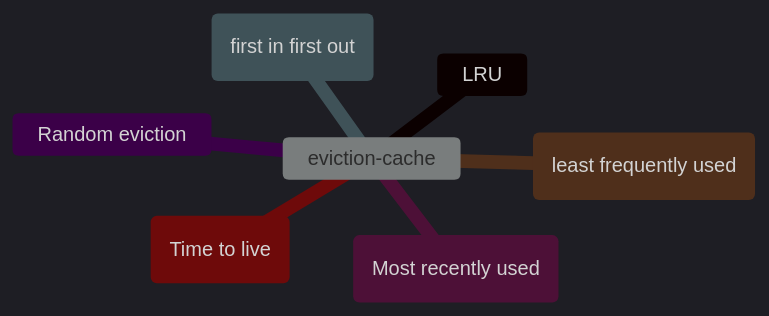
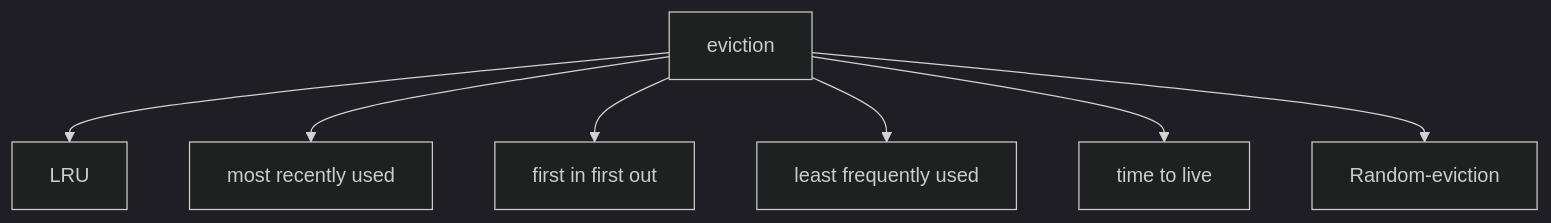
One commit to Sri2103/LearningNotes changed the diagram in caching/strategies/cache-eviction.md. Above: the diagram before and after it, drawn with Mermaid (dark theme). The commit also changed 7 other files, not shown here.

````diff
--- a/caching/strategies/cache-eviction.md
+++ b/caching/strategies/cache-eviction.md
@@ -5,10 +5,9 @@
 ```mermaid
-mindmap
-    eviction-cache
-        LRU
-        MRU(Most recently used)
-        FIFO(first in first out)
-        LFU (least frequently used)
-        TTL (Time to live)
-        Random eviction
+graph TD
+  eviction --> LRU
+  eviction --> MRU[most recently used]
+  eviction --> FIFO[first in first out]
+  eviction --> LFU[least frequently used]
+  eviction --> TTL[time to live]
+  eviction --> Random-eviction
 ```
````
